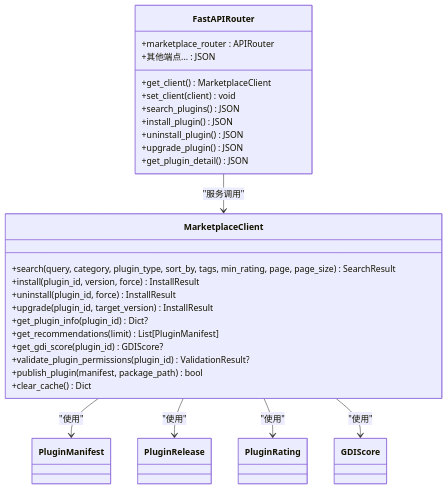
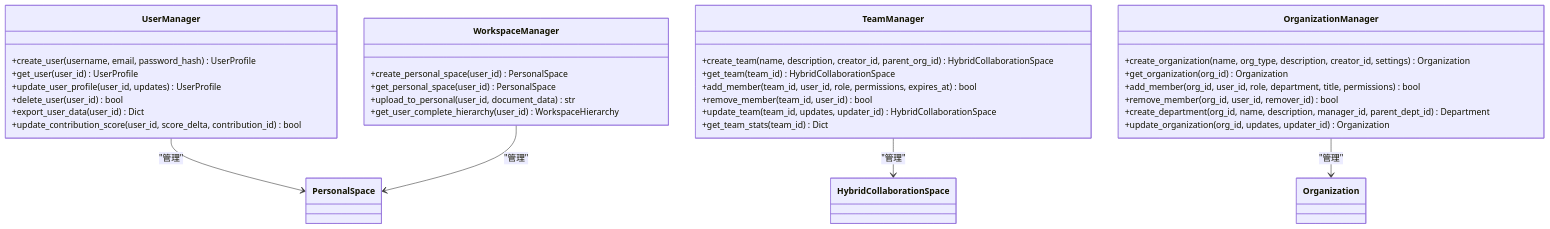
One commit to JieGaoPrinceton/NecoRAG changed the second of 2 diagrams in .qoder/repowiki/zh/content/插件扩展系统/插件扩展系统.md. Above: the diagram before and after it, drawn with Mermaid. The commit also changed other lines of this file and 73 other files, not shown here.

````diff
--- a/.qoder/repowiki/zh/content/插件扩展系统/插件扩展系统.md
+++ b/.qoder/repowiki/zh/content/插件扩展系统/插件扩展系统.md
@@ -138,31 +115,37 @@
 ```mermaid
 classDiagram
-class MarketplaceClient {
-+search(query, category, plugin_type, sort_by, tags, min_rating, page, page_size) SearchResult
-+install(plugin_id, version, force) InstallResult
-+uninstall(plugin_id, force) InstallResult
-+upgrade(plugin_id, target_version) InstallResult
-+get_plugin_info(plugin_id) Dict?
-+get_recommendations(limit) List[PluginManifest]
-+get_gdi_score(plugin_id) GDIScore?
-+validate_plugin_permissions(plugin_id) ValidationResult?
-+publish_plugin(manifest, package_path) bool
-+clear_cache() Dict
+class UserManager {
++create_user(username, email, password_hash) UserProfile
++get_user(user_id) UserProfile
++update_user_profile(user_id, updates) UserProfile
++delete_user(user_id) bool
++export_user_data(user_id) Dict
++update_contribution_score(user_id, score_delta, contribution_id) bool
 }
-class FastAPIRouter {
-+marketplace_router : APIRouter
-+get_client() MarketplaceClient
-+set_client(client) void
-+search_plugins() JSON
-+install_plugin() JSON
-+uninstall_plugin() JSON
-+upgrade_plugin() JSON
-+get_plugin_detail() JSON
-+其他端点... : JSON
+class TeamManager {
++create_team(name, description, creator_id, parent_org_id) HybridCollaborationSpace
++get_team(team_id) HybridCollaborationSpace
++add_member(team_id, user_id, role, permissions, expires_at) bool
++remove_member(team_id, user_id) bool
++update_team(team_id, updates, updater_id) HybridCollaborationSpace
++get_team_stats(team_id) Dict
 }
-MarketplaceClient --> PluginManifest : "使用"
-MarketplaceClient --> PluginRelease : "使用"
-MarketplaceClient --> PluginRating : "使用"
-MarketplaceClient --> GDIScore : "使用"
-FastAPIRouter --> MarketplaceClient : "服务调用"
+class OrganizationManager {
++create_organization(name, org_type, description, creator_id, settings) Organization
++get_organization(org_id) Organization
++add_member(org_id, user_id, role, department, title, permissions) bool
++remove_member(org_id, user_id, remover_id) bool
++create_department(org_id, name, description, manager_id, parent_dept_id) Department
++update_organization(org_id, updates, updater_id) Organization
+}
+class WorkspaceManager {
++create_personal_space(user_id) PersonalSpace
++get_personal_space(user_id) PersonalSpace
++upload_to_personal(user_id, document_data) str
++get_user_complete_hierarchy(user_id) WorkspaceHierarchy
+}
+UserManager --> PersonalSpace : "管理"
+TeamManager --> HybridCollaborationSpace : "管理"
+OrganizationManager --> Organization : "管理"
+WorkspaceManager --> PersonalSpace : "管理"
 ```
````
